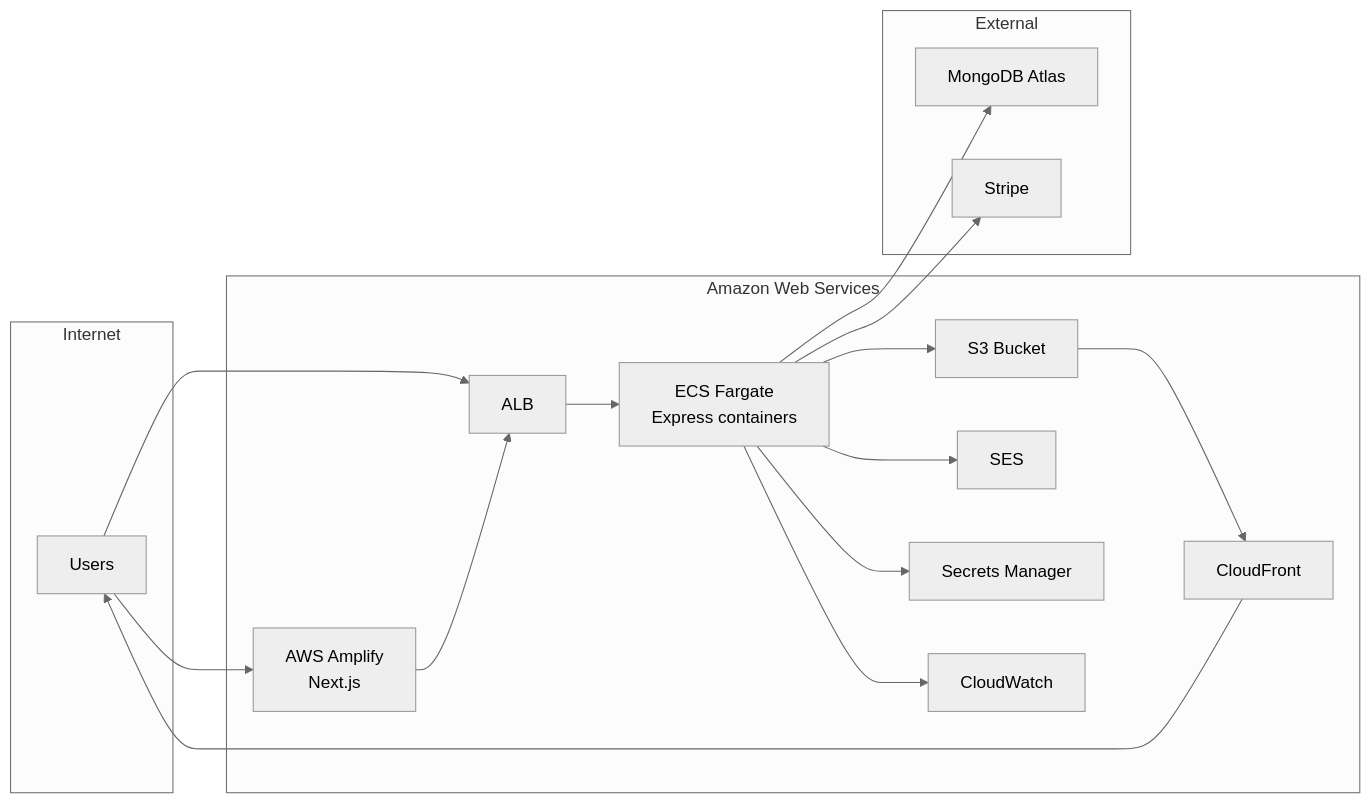
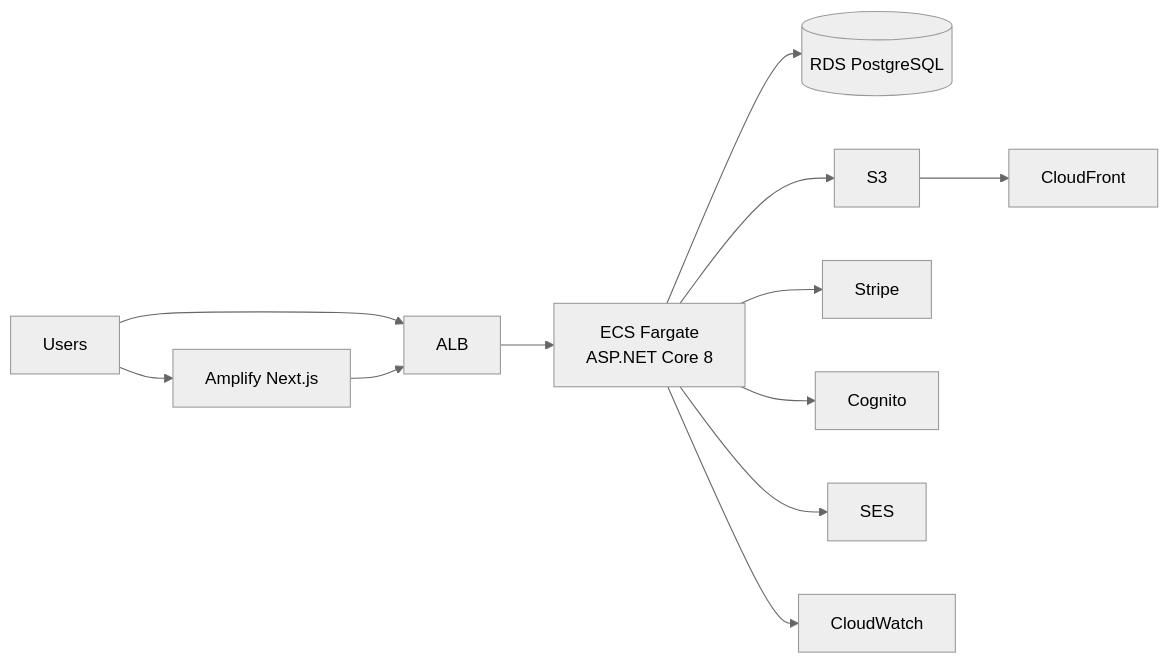
One commit to MNSBaanu/Inside changed the third of 4 diagrams in docs/Proposal/diagrams/architecture-diagrams.md. Above: the diagram before and after it, drawn with Mermaid (neutral theme). The commit also changed other lines of this file and 17 other files, not shown here.

````diff
--- a/docs/Proposal/diagrams/architecture-diagrams.md
+++ b/docs/Proposal/diagrams/architecture-diagrams.md
@@ -226,35 +132,14 @@
 ```mermaid
 flowchart LR
-    subgraph internet [Internet]
-        User[Users]
-    end
-
-    subgraph aws [Amazon Web Services]
-        Amplify[AWS Amplify\nNext.js]
-        ALB[ALB]
-        ECS[ECS Fargate\nExpress containers]
-        S3[S3 Bucket]
-        CF[CloudFront]
-        SES[SES]
-        SM[Secrets Manager]
-        CW[CloudWatch]
-    end
-
-    subgraph external [External]
-        Atlas[MongoDB Atlas]
-        Stripe[Stripe]
-    end
-
-    User --> Amplify
-    User --> ALB
+    User[Users] --> Amplify[Amplify Next.js]
+    User --> ALB[ALB]
     Amplify --> ALB
-    ALB --> ECS
-    ECS --> Atlas
-    ECS --> S3
-    ECS --> Stripe
-    ECS --> SES
-    ECS --> SM
-    ECS --> CW
-    S3 --> CF
-    CF --> User
+    ALB --> ECS[ECS Fargate\nASP.NET Core 8]
+    ECS --> RDS[(RDS PostgreSQL)]
+    ECS --> S3[S3]
+    S3 --> CF[CloudFront]
+    ECS --> Stripe[Stripe]
+    ECS --> Cognito[Cognito]
+    ECS --> SES[SES]
+    ECS --> CW[CloudWatch]
 ```
````
